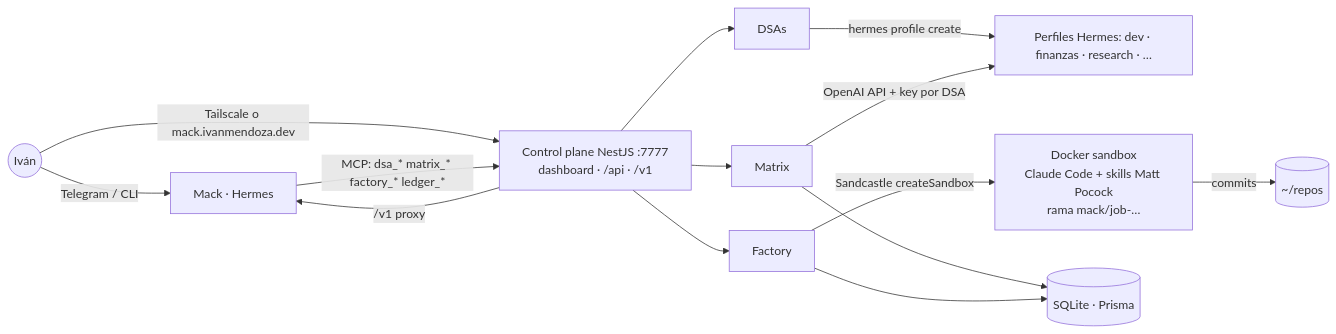
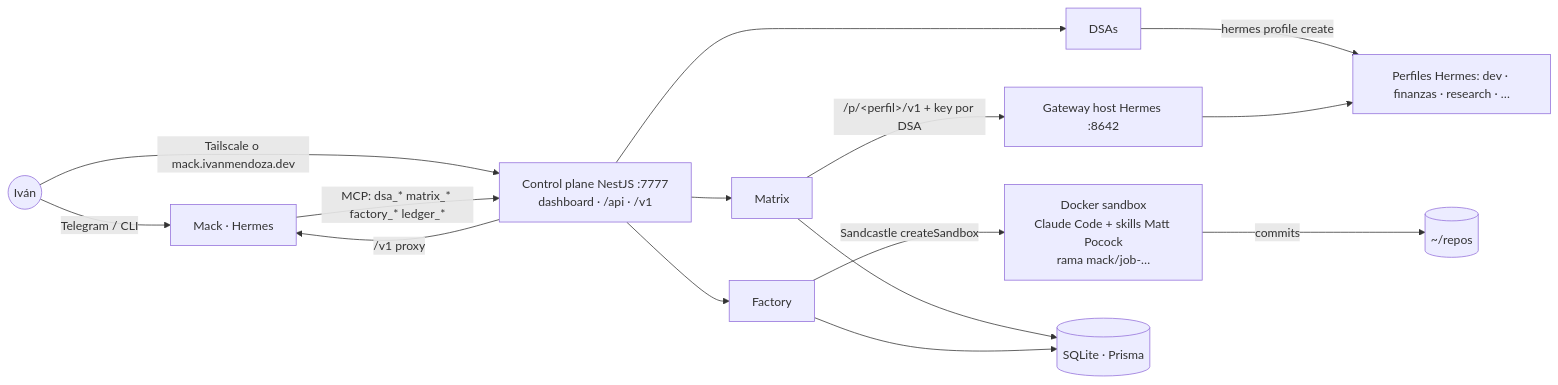
One commit to ivansmb11/mack changed the diagram in README.md. Above: the diagram before and after it, drawn with Mermaid. The commit also changed other lines of this file and 14 other files, not shown here.

First line of the commit message:
Adapt to Hermes 0.23 host gateway multiplexing

````diff
--- a/README.md
+++ b/README.md
@@ -14,12 +21,12 @@
 ```mermaid
 flowchart LR
   you((Iván)) -->|Telegram / CLI| mack[Mack · Hermes]
   you -->|Tailscale o mack.ivanmendoza.dev| cp[Control plane NestJS :7777<br/>dashboard · /api · /v1]
   cp -->|/v1 proxy| mack
   mack -->|MCP: dsa_* matrix_* factory_* ledger_*| cp
   cp --> dsa[DSAs] -->|hermes profile create| profiles[Perfiles Hermes: dev · finanzas · research · …]
-  cp --> matrix[Matrix] -->|OpenAI API + key por DSA| profiles
+  cp --> matrix[Matrix] -->|/p/&lt;perfil&gt;/v1 + key por DSA| gw[Gateway host Hermes :8642] --> profiles
   cp --> factory[Factory] -->|Sandcastle createSandbox| docker[Docker sandbox<br/>Claude Code + skills Matt Pocock<br/>rama mack/job-…]
   docker -->|commits| repos[(~/repos)]
   matrix & factory --> db[(SQLite · Prisma)]
 ```
````
